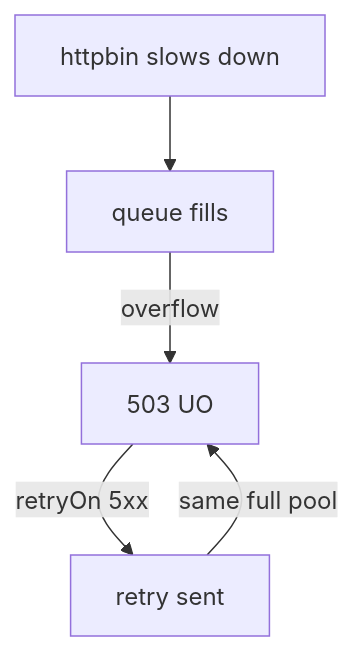
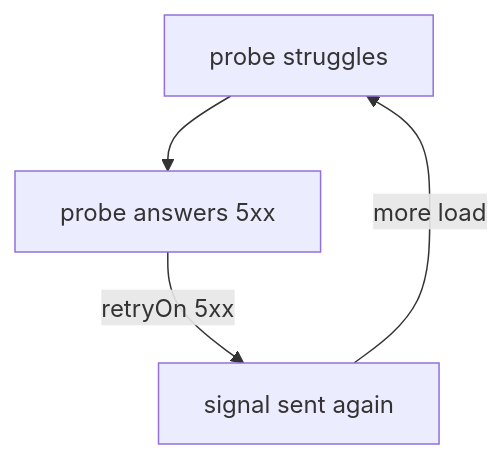
Before and after one commit to astrona-io/ATS014: the second of 2 diagrams in sections/section-040/module-02/course-03-scope-verification-and-retry-amplification.md, drawn with Mermaid. The commit also changed other lines of this file and 813 other files, not shown here.

````diff
--- a/sections/section-040/module-02/course-03-scope-verification-and-retry-amplification.md
+++ b/sections/section-040/module-02/course-03-scope-verification-and-retry-amplification.md
@@ -64,7 +124,6 @@
 ```mermaid
 flowchart TB
-    A["httpbin slows down"] --> B["queue fills"]
-    B -->|"overflow"| C["503 UO"]
-    C -->|"retryOn 5xx"| D["retry sent"]
-    D -->|"same full pool"| C
+    A["probe struggles"] --> B["probe answers 5xx"]
+    B -->|"retryOn 5xx"| C["signal sent again"]
+    C -->|"more load"| A
 ```
````
